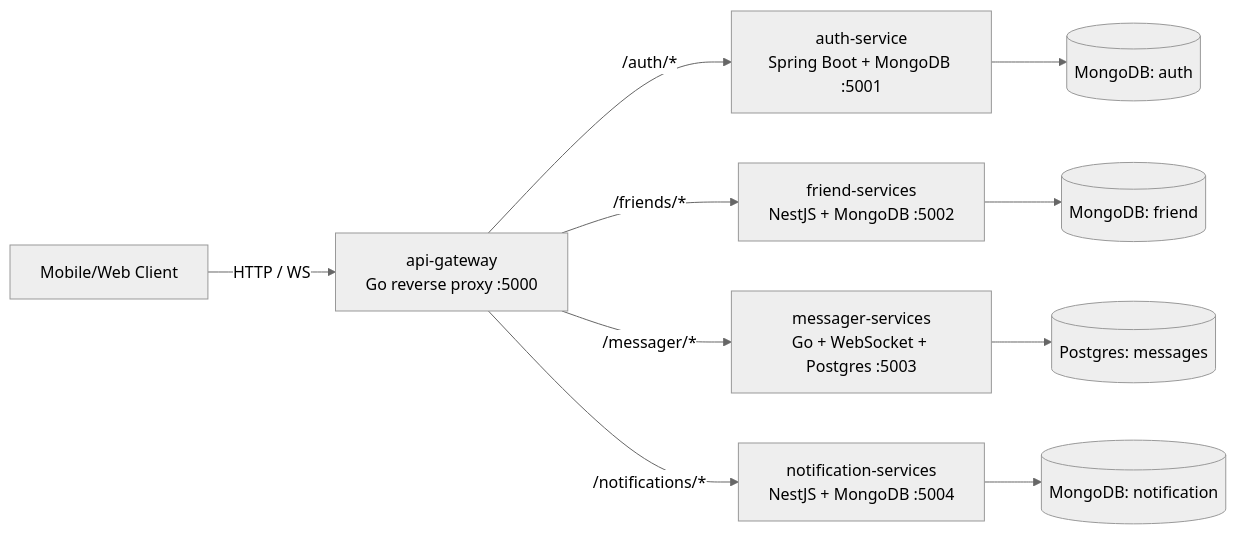
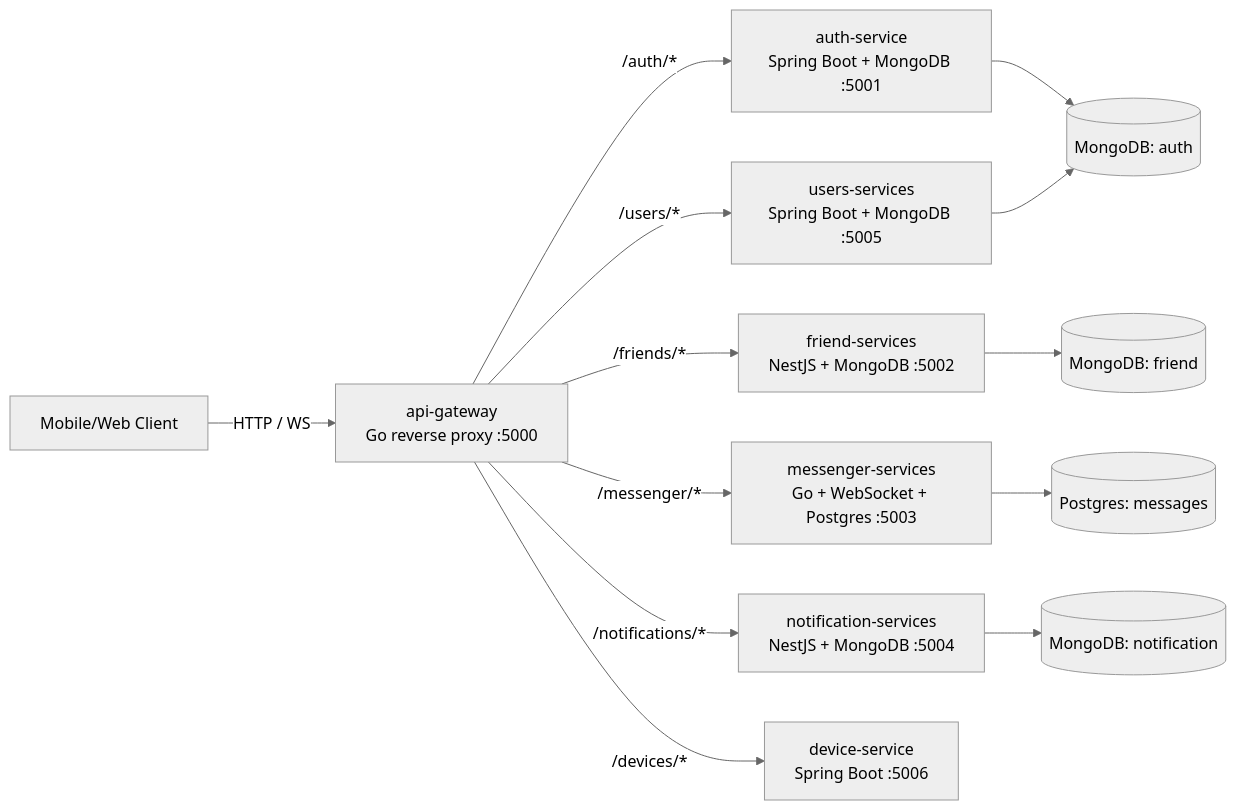
One commit to vanloc19/backend-chat-app changed the first of 2 diagrams in README.md. Above: the diagram before and after it, drawn with Mermaid (neutral theme). The commit also changed other lines of this file, not shown here.

First line of the commit message:
docs(backend): complete service matrix and align route naming

````diff
--- a/README.md
+++ b/README.md
@@ -7,27 +7,32 @@
 ```mermaid
 flowchart LR
   Client[Mobile/Web Client]
   GW[api-gateway\nGo reverse proxy :5000]
 
   Auth[auth-service\nSpring Boot + MongoDB :5001]
   Friend[friend-services\nNestJS + MongoDB :5002]
-  Msg[messager-services\nGo + WebSocket + Postgres :5003]
+  Msg[messenger-services\nGo + WebSocket + Postgres :5003]
   Notif[notification-services\nNestJS + MongoDB :5004]
+  Users[users-services\nSpring Boot + MongoDB :5005]
+  Device[device-service\nSpring Boot :5006]
 
   MongoAuth[(MongoDB: auth)]
   MongoFriend[(MongoDB: friend)]
   MongoNotif[(MongoDB: notification)]
   PgMsg[(Postgres: messages)]
 
   Client -->|HTTP / WS| GW
 
   GW -->|/auth/*| Auth
   GW -->|/friends/*| Friend
-  GW -->|/messager/*| Msg
+  GW -->|/messenger/*| Msg
   GW -->|/notifications/*| Notif
+  GW -->|/users/*| Users
+  GW -->|/devices/*| Device
 
   Auth --> MongoAuth
   Friend --> MongoFriend
   Notif --> MongoNotif
   Msg --> PgMsg
+  Users --> MongoAuth
 ```
````
